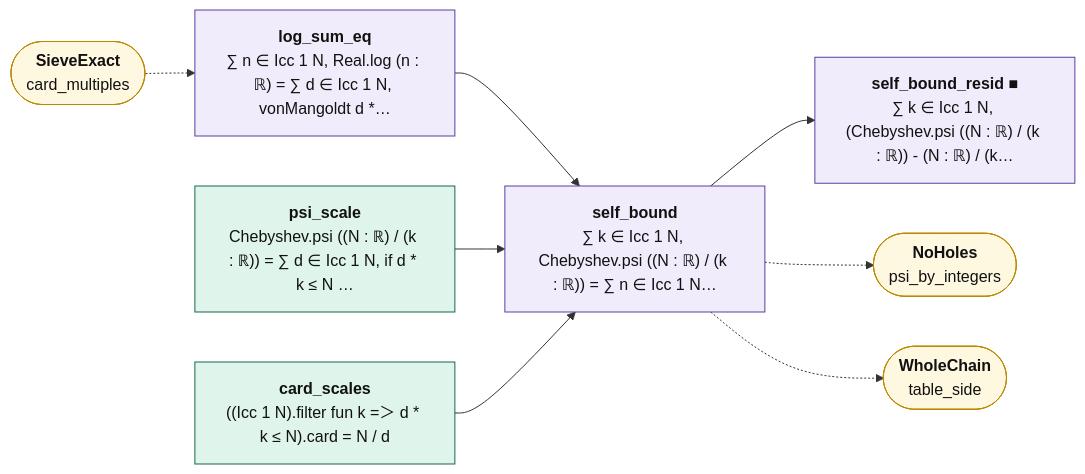
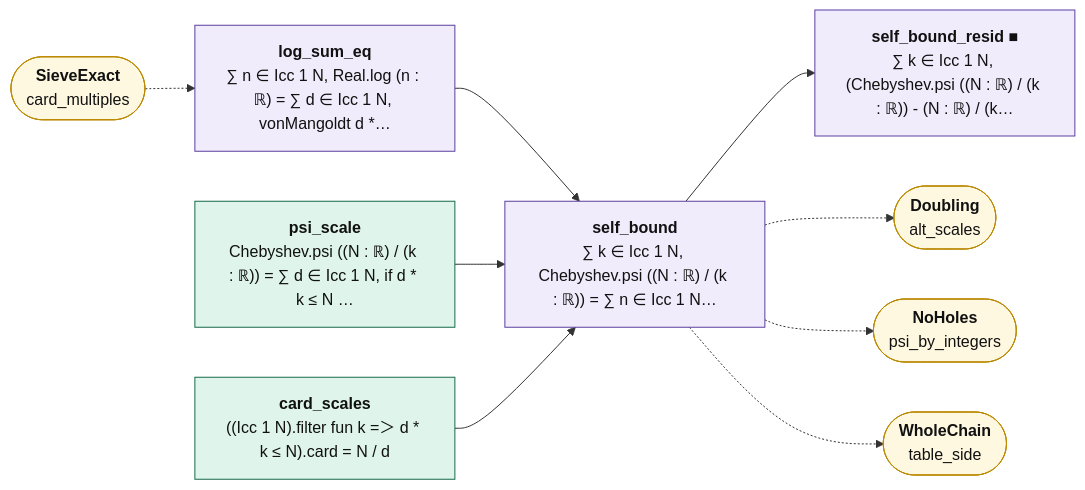
Before and after one commit to juliansambranojr/Primebeat_081426: the diagram in map/lean_stage3/SelfBound.mmd, drawn with Mermaid. The commit also changed 23 other files, not shown here.

```diff
--- a/map/lean_stage3/SelfBound.mmd
+++ b/map/lean_stage3/SelfBound.mmd
@@ -1,24 +1,26 @@
 flowchart LR
   n0["<b>log_sum_eq</b><br/>∑ n ∈ Icc 1 N, Real.log (n : ℝ) = ∑ d ∈ Icc 1 N, vonMangoldt d *…"]:::shp
   n1["<b>psi_scale</b><br/>Chebyshev.psi ((N : ℝ) / (k : ℝ)) = ∑ d ∈ Icc 1 N, if d * k ≤ N …"]:::cnt
   n2["<b>card_scales</b><br/>((Icc 1 N).filter fun k =＞ d * k ≤ N).card = N / d"]:::cnt
   n3["<b>self_bound</b><br/>∑ k ∈ Icc 1 N, Chebyshev.psi ((N : ℝ) / (k : ℝ)) = ∑ n ∈ Icc 1 N…"]:::shp
   n4["<b>self_bound_resid ■</b><br/>∑ k ∈ Icc 1 N, (Chebyshev.psi ((N : ℝ) / (k : ℝ)) - (N : ℝ) / (k…"]:::shp
   x0(["<b>SieveExact</b><br/>card_multiples"]):::ext
-  x1(["<b>NoHoles</b><br/>psi_by_integers"]):::ext
-  x2(["<b>WholeChain</b><br/>table_side"]):::ext
+  x1(["<b>Doubling</b><br/>alt_scales"]):::ext
+  x2(["<b>NoHoles</b><br/>psi_by_integers"]):::ext
+  x3(["<b>WholeChain</b><br/>table_side"]):::ext
   n0 --> n3
   n1 --> n3
   n2 --> n3
   n3 --> n4
   n3 -.-> x1
   n3 -.-> x2
+  n3 -.-> x3
   x0 -.-> n0
   classDef cnt fill:#dff5ec,stroke:#17694a,color:#111
   classDef shp fill:#f1ecfb,stroke:#5b3fa0,color:#111
   classDef rh fill:#ffe5e5,stroke:#c22,color:#111,stroke-width:2px
   classDef thm fill:#eef4ff,stroke:#335,color:#111
   classDef end_ fill:#e7f7e7,stroke:#2a7,color:#111,stroke-width:2px
   classDef lone fill:#fff,stroke:#999,color:#111,stroke-dasharray:4 3
   classDef bad fill:#ffe5e5,stroke:#c22,color:#111,stroke-width:2px
   classDef ext fill:#fff8e1,stroke:#b80,color:#111
```
